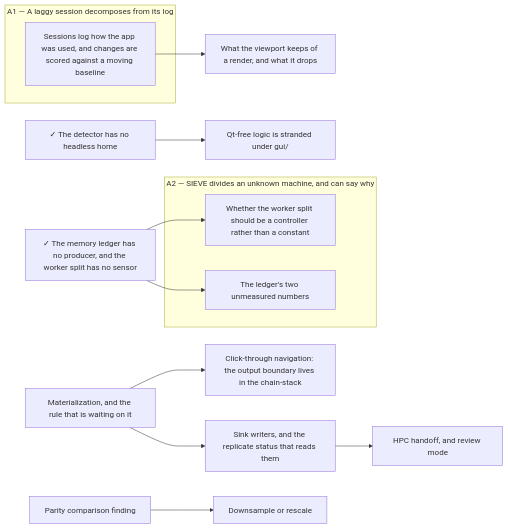
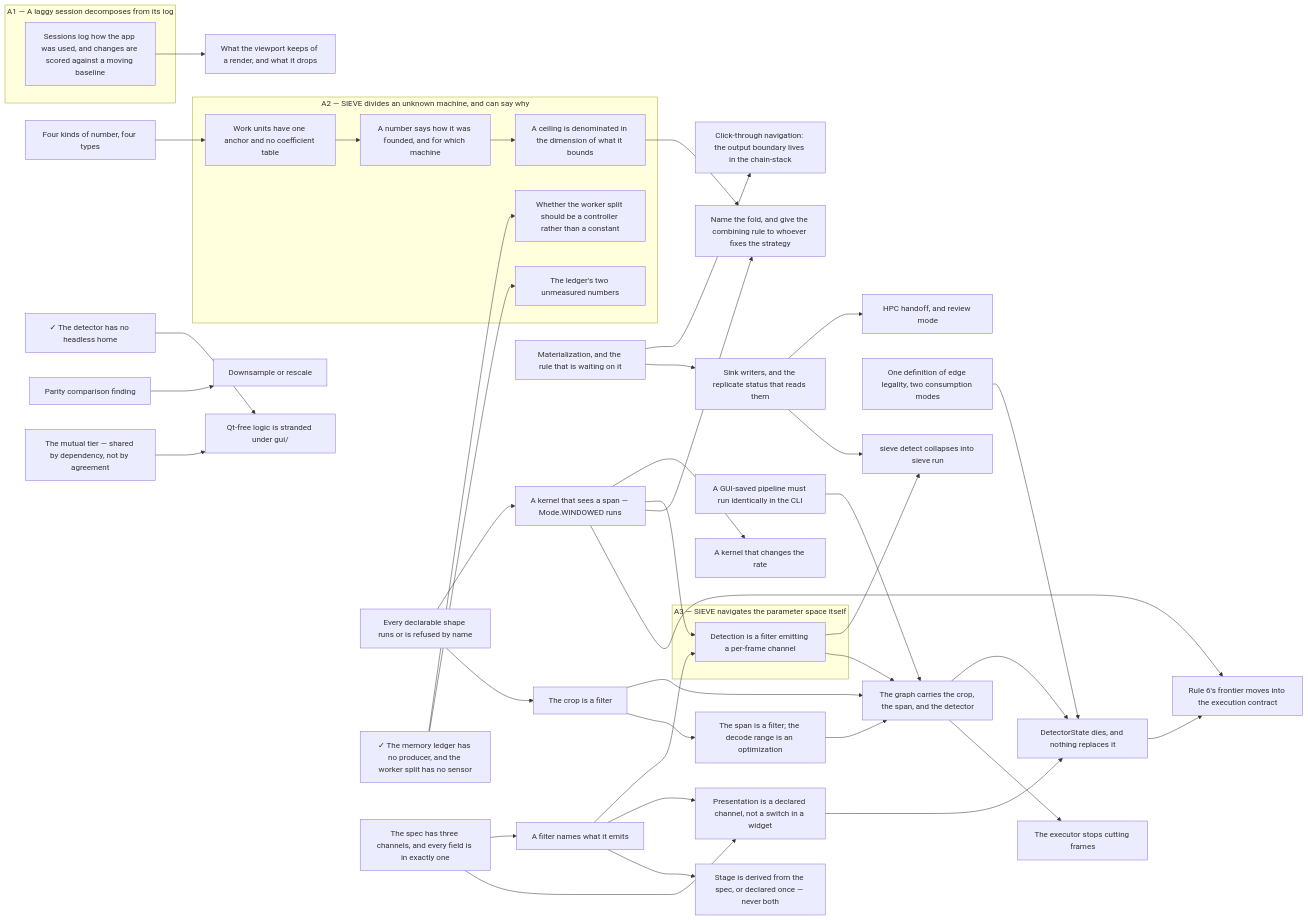
Before and after one commit to soulsynapse/antscihub-SIEVE: the diagram in docs/.state.md, drawn with Mermaid. The commit also changed other lines of this file and 43 other files, not shown here.

First line of the commit message:
The rework binds through a contract, and the exception list is the work list

````diff
--- a/docs/.state.md
+++ b/docs/.state.md
@@ -70,28 +130,81 @@
 ```mermaid
 graph LR
   subgraph A1["A1 — A laggy session decomposes from its log"]
       slow_path_surfacing["Sessions log how the app was used, and changes are scored against a moving baseline"]
   end
   subgraph A2["A2 — SIEVE divides an unknown machine, and can say why"]
+      a_number_says_how_it_was_founded["A number says how it was founded, and for which machine"]
       adaptive_worker_allocation["Whether the worker split should be a controller rather than a constant"]
+      ceilings_in_the_dimension_they_bound["A ceiling is denominated in the dimension of what it bounds"]
       ledger_measurements["The ledger's two unmeasured numbers"]
+      work_units_have_one_anchor["Work units have one anchor and no coefficient table"]
   end
+  subgraph A3["A3 — SIEVE navigates the parameter space itself"]
+      detection_is_a_filter["Detection is a filter emitting a per-frame channel"]
+  end
+    a_filter_names_what_it_emits["A filter names what it emits"]
+    a_kernel_that_changes_the_rate["A kernel that changes the rate"]
+    a_kernel_that_sees_a_span["A kernel that sees a span — Mode.WINDOWED runs"]
     click_through_navigation["Click-through navigation: the output boundary lives in the chain-stack"]
+    declarable_but_not_runnable["Every declarable shape runs or is refused by name"]
+    detector_state_dies["DetectorState dies, and nothing replaces it"]
     downsample_or_rescale["Downsample or rescale"]
+    four_numbers_four_types["Four kinds of number, four types"]
+    gui_cli_execution_parity["A GUI-saved pipeline must run identically in the CLI"]
     headless_detection["✓ The detector has no headless home"]
     hpc_handoff_and_review_mode["HPC handoff, and review mode"]
     ledger_producers["✓ The memory ledger has no producer, and the worker split has no sensor"]
     materialization["Materialization, and the rule that is waiting on it"]
+    name_the_fold["Name the fold, and give the combining rule to whoever fixes the strategy"]
+    one_definition_of_edge_legality["One definition of edge legality, two consumption modes"]
     parity_comparison_finding["Parity comparison finding"]
+    presentation_is_a_channel_not_a_switch["Presentation is a declared channel, not a switch in a widget"]
     proxy_retention_policy["What the viewport keeps of a render, and what it drops"]
     qt_free_logic_under_gui["Qt-free logic is stranded under gui/"]
+    rule_sixs_frontier_moves_into_the_contract["Rule 6's frontier moves into the execution contract"]
+    sieve_detect_collapses_into_sieve_run["sieve detect collapses into sieve run"]
     sink_writers["Sink writers, and the replicate status that reads them"]
+    stage_is_derived_or_declared_once["Stage is derived from the spec, or declared once — never both"]
+    the_crop_is_a_filter["The crop is a filter"]
+    the_executor_stops_cutting_frames["The executor stops cutting frames"]
+    the_graph_carries_the_crop_the_span_and_the_detector["The graph carries the crop, the span, and the detector"]
+    the_mutual_tier["The mutual tier — shared by dependency, not by agreement"]
+    the_span_is_a_filter["The span is a filter; the decode range is an optimization"]
+    the_spec_has_three_channels["The spec has three channels, and every field is in exactly one"]
+    the_spec_has_three_channels --> a_filter_names_what_it_emits
+    a_kernel_that_sees_a_span --> a_kernel_that_changes_the_rate
+    declarable_but_not_runnable --> a_kernel_that_sees_a_span
+    work_units_have_one_anchor --> a_number_says_how_it_was_founded
     ledger_producers --> adaptive_worker_allocation
+    a_number_says_how_it_was_founded --> ceilings_in_the_dimension_they_bound
     materialization --> click_through_navigation
+    a_kernel_that_sees_a_span --> detection_is_a_filter
+    a_filter_names_what_it_emits --> detection_is_a_filter
+    the_graph_carries_the_crop_the_span_and_the_detector --> detector_state_dies
+    one_definition_of_edge_legality --> detector_state_dies
+    presentation_is_a_channel_not_a_switch --> detector_state_dies
     parity_comparison_finding --> downsample_or_rescale
     sink_writers --> hpc_handoff_and_review_mode
     ledger_producers --> ledger_measurements
+    ceilings_in_the_dimension_they_bound --> name_the_fold
+    a_kernel_that_sees_a_span --> name_the_fold
+    the_spec_has_three_channels --> presentation_is_a_channel_not_a_switch
+    a_filter_names_what_it_emits --> presentation_is_a_channel_not_a_switch
     slow_path_surfacing --> proxy_retention_policy
     headless_detection --> qt_free_logic_under_gui
+    the_mutual_tier --> qt_free_logic_under_gui
+    a_kernel_that_sees_a_span --> rule_sixs_frontier_moves_into_the_contract
+    detector_state_dies --> rule_sixs_frontier_moves_into_the_contract
+    detection_is_a_filter --> sieve_detect_collapses_into_sieve_run
+    sink_writers --> sieve_detect_collapses_into_sieve_run
     materialization --> sink_writers
+    a_filter_names_what_it_emits --> stage_is_derived_or_declared_once
+    declarable_but_not_runnable --> the_crop_is_a_filter
+    the_graph_carries_the_crop_the_span_and_the_detector --> the_executor_stops_cutting_frames
+    the_crop_is_a_filter --> the_graph_carries_the_crop_the_span_and_the_detector
+    the_span_is_a_filter --> the_graph_carries_the_crop_the_span_and_the_detector
+    detection_is_a_filter --> the_graph_carries_the_crop_the_span_and_the_detector
+    gui_cli_execution_parity --> the_graph_carries_the_crop_the_span_and_the_detector
+    the_crop_is_a_filter --> the_span_is_a_filter
+    four_numbers_four_types --> work_units_have_one_anchor
 ```
````
